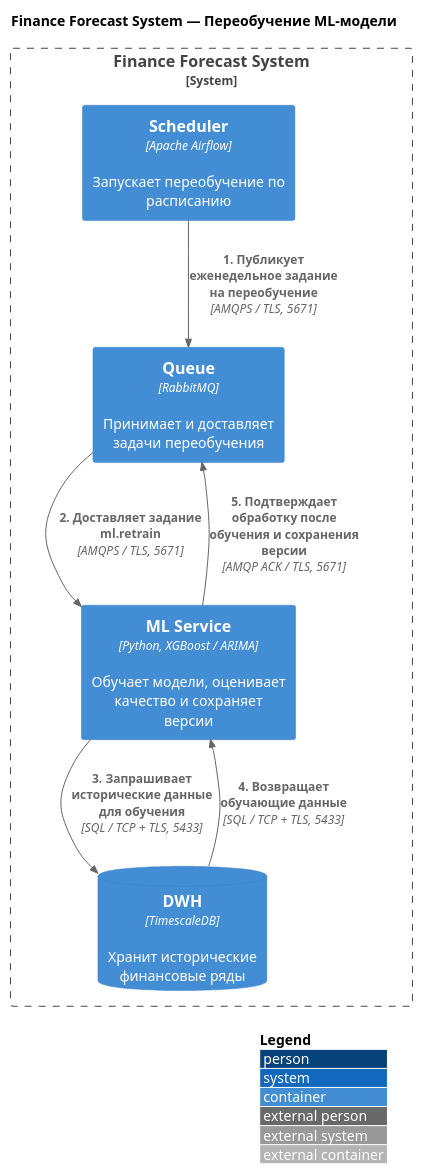
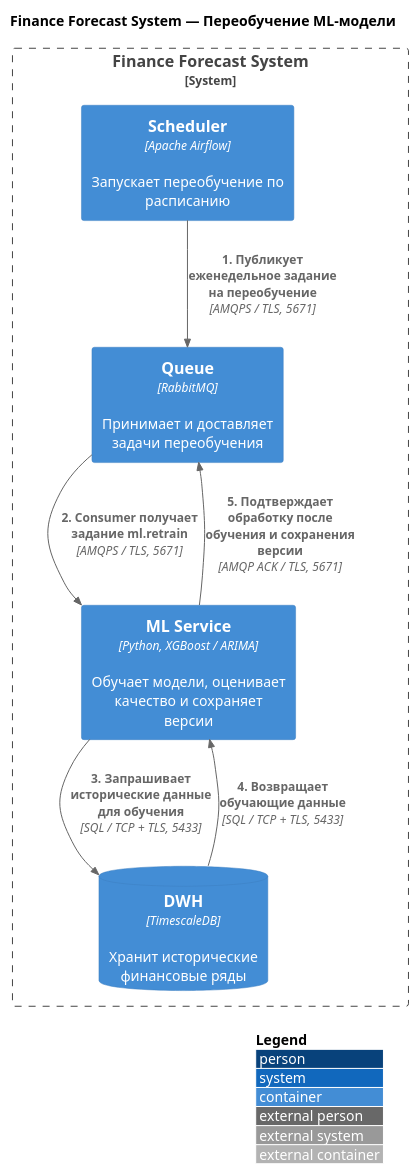
One commit to Jjots/finance-forecast-app changed the diagram in src/lab4/dynamic_retraining.puml. Above: the diagram before and after it, drawn with PlantUML. The commit also changed 2 other files, not shown here.

Commit message:
docs: finalize lab4 architecture diagrams and README

```diff
--- a/src/lab4/dynamic_retraining.puml
+++ b/src/lab4/dynamic_retraining.puml
@@ -2,29 +2,29 @@
 @startuml
 !include https://raw.githubusercontent.com/plantuml-stdlib/C4-PlantUML/master/C4_Container.puml
 
 LAYOUT_WITH_LEGEND()
 
 title Finance Forecast System — Переобучение ML-модели
 
 System_Boundary(finance_system, "Finance Forecast System") {
 
     Container(scheduler, "Scheduler", "Apache Airflow", "Запускает переобучение по расписанию")
 
     Container(queue, "Queue", "RabbitMQ", "Принимает и доставляет задачи переобучения")
 
     Container(ml_service, "ML Service", "Python, XGBoost / ARIMA", "Обучает модели, оценивает качество и сохраняет версии")
 
     ContainerDb(dwh, "DWH", "TimescaleDB", "Хранит исторические финансовые ряды")
 }
 
 Rel(scheduler, queue, "1. Публикует еженедельное задание на переобучение", "AMQPS / TLS, 5671")
 
-Rel(queue, ml_service, "2. Доставляет задание ml.retrain", "AMQPS / TLS, 5671")
+Rel(queue, ml_service, "2. Consumer получает задание ml.retrain", "AMQPS / TLS, 5671")
 
 Rel(ml_service, dwh, "3. Запрашивает исторические данные для обучения", "SQL / TCP + TLS, 5433")
 
 Rel(dwh, ml_service, "4. Возвращает обучающие данные", "SQL / TCP + TLS, 5433")
 
 Rel(ml_service, queue, "5. Подтверждает обработку после обучения и сохранения версии", "AMQP ACK / TLS, 5671")
 
 @enduml
```
